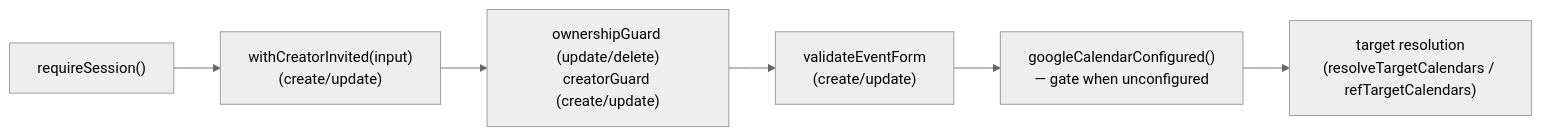
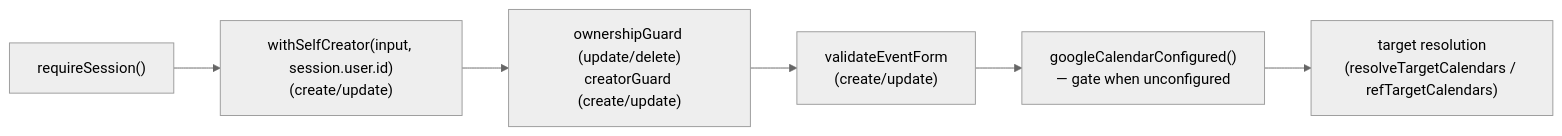
One commit to oncloudnintynineone-source/cloudy2 changed the first of 3 diagrams in docs/event-mutations.md. Above: the diagram before and after it, drawn with Mermaid (neutral theme). The commit also changed other lines of this file and 6 other files, not shown here.

````diff
--- a/docs/event-mutations.md
+++ b/docs/event-mutations.md
@@ -69,8 +69,8 @@
 ```mermaid
 flowchart LR
-    S["requireSession()"] --> N["withCreatorInvited(input)<br/>(create/update)"]
+    S["requireSession()"] --> N["withSelfCreator(input, session.user.id)<br/>(create/update)"]
     N --> G["ownershipGuard (update/delete)<br/>creatorGuard (create/update)"]
     G --> V["validateEventForm<br/>(create/update)"]
     V --> C["googleCalendarConfigured()<br/>— gate when unconfigured"]
     C --> R["target resolution<br/>(resolveTargetCalendars / refTargetCalendars)"]
 ```
````
